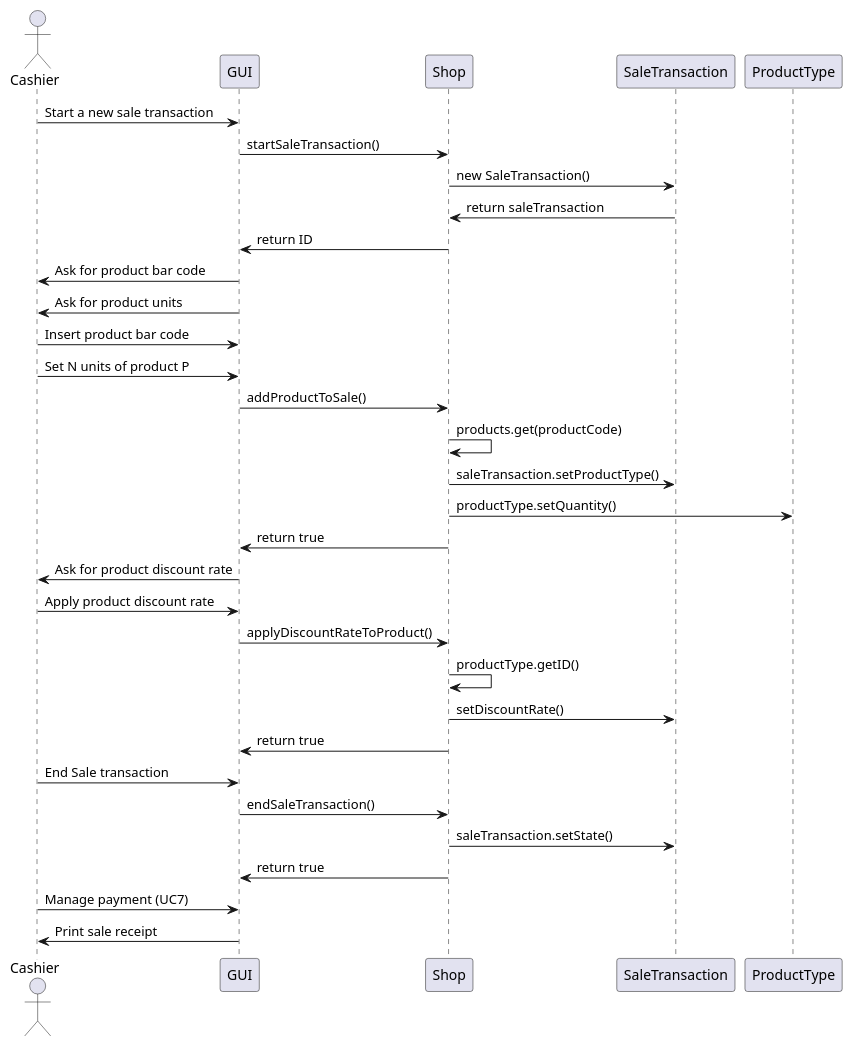
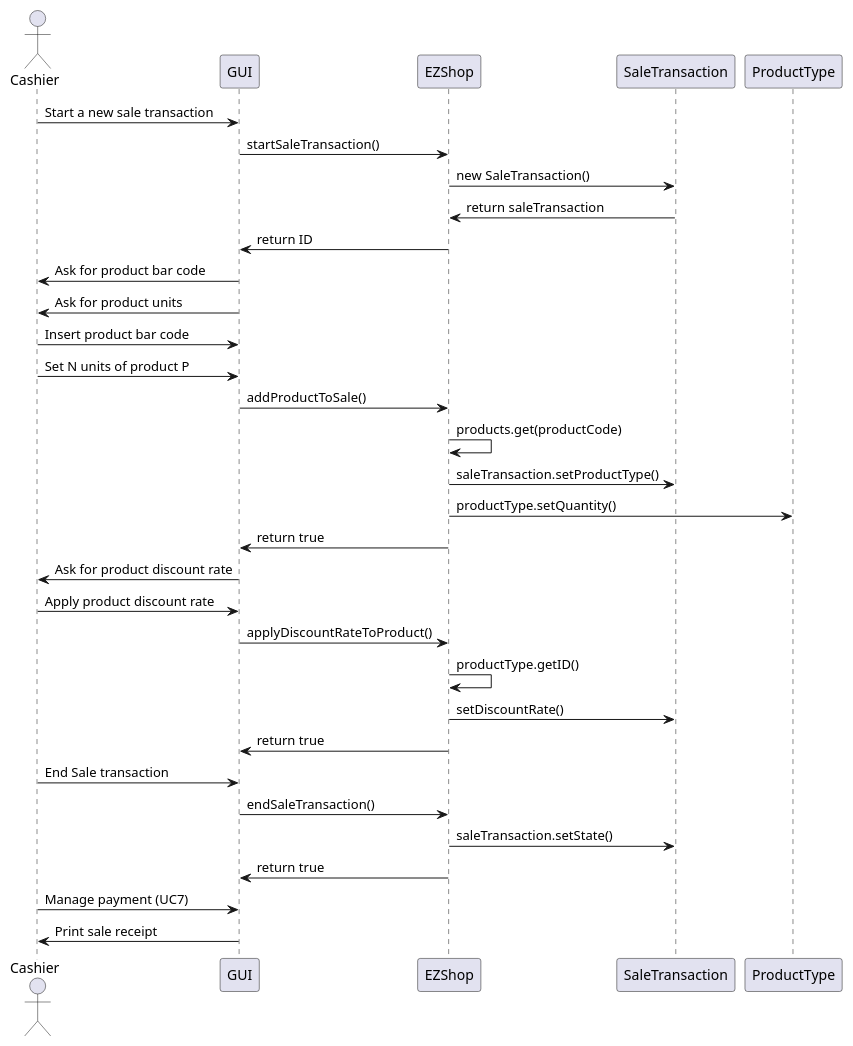
Diagram 13 of 19 in Deliverables/DesignDocument.md (ThePiromaximus/ezshop), drawn with PlantUML before and after one commit. The commit also changed other lines of this file, not shown here.

````diff
--- a/Deliverables/DesignDocument.md
+++ b/Deliverables/DesignDocument.md
@@ -418,31 +434,31 @@
 ```plantuml
 @startuml
 actor Cashier
 Cashier -> GUI: Start a new sale transaction
-GUI  -> Shop: startSaleTransaction()
-Shop -> SaleTransaction: new SaleTransaction()
-Shop <- SaleTransaction: return saleTransaction
-GUI <- Shop: return ID
+GUI  -> EZShop: startSaleTransaction()
+EZShop -> SaleTransaction: new SaleTransaction()
+EZShop <- SaleTransaction: return saleTransaction
+GUI <- EZShop: return ID
 GUI -> Cashier: Ask for product bar code
 GUI -> Cashier: Ask for product units
 Cashier -> GUI: Insert product bar code
 Cashier -> GUI: Set N units of product P
-GUI  -> Shop: addProductToSale()
-Shop -> Shop: products.get(productCode)
-Shop -> SaleTransaction: saleTransaction.setProductType()
-Shop -> ProductType : productType.setQuantity()
-Shop -> GUI: return true
+GUI  -> EZShop: addProductToSale()
+EZShop -> EZShop: products.get(productCode)
+EZShop -> SaleTransaction: saleTransaction.setProductType()
+EZShop -> ProductType : productType.setQuantity()
+EZShop -> GUI: return true
 GUI -> Cashier : Ask for product discount rate 
 Cashier -> GUI: Apply product discount rate  
-GUI -> Shop: applyDiscountRateToProduct()
-Shop -> Shop : productType.getID()
-Shop -> SaleTransaction: setDiscountRate()
-Shop -> GUI: return true
+GUI -> EZShop: applyDiscountRateToProduct()
+EZShop -> EZShop : productType.getID()
+EZShop -> SaleTransaction: setDiscountRate()
+EZShop -> GUI: return true
 Cashier -> GUI: End Sale transaction
-GUI  -> Shop: endSaleTransaction()
-Shop -> SaleTransaction: saleTransaction.setState()
-GUI <- Shop: return true
+GUI  -> EZShop: endSaleTransaction()
+EZShop -> SaleTransaction: saleTransaction.setState()
+GUI <- EZShop: return true
 Cashier -> GUI: Manage payment (UC7)
 Cashier <- GUI: Print sale receipt
 @enduml
 ```
````
